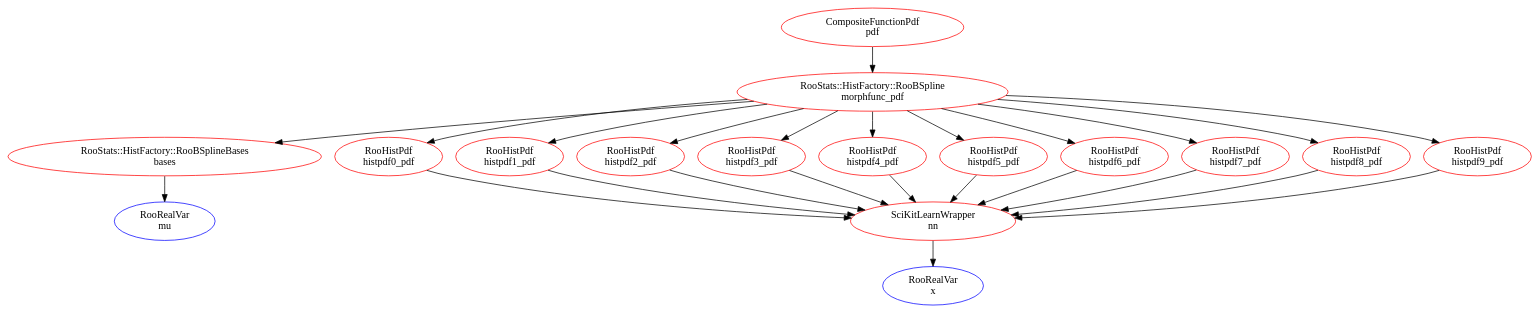
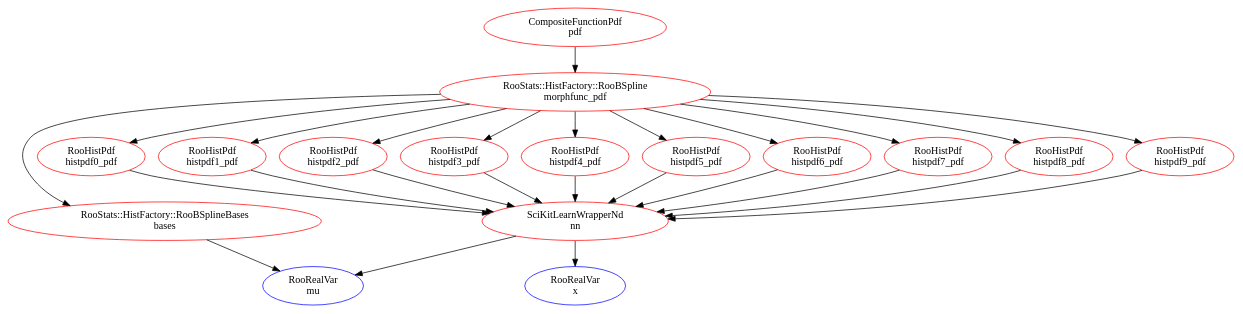
Before and after one commit to cranmer/parametrized-learning: the diagram in pdf2b.dot, drawn with Graphviz. The commit also changed 8 other files, not shown here.

Commit message:
SciKitLearnWrapperNd working, not sure what's up with 2d

```diff
--- a/pdf2b.dot
+++ b/pdf2b.dot
@@ -1,58 +1,59 @@
 digraph pdf{
 "pdf" [ color=red, label="CompositeFunctionPdf
 pdf"];
 "morphfunc_pdf" [ color=red, label="RooStats::HistFactory::RooBSpline
 morphfunc_pdf"];
 "bases" [ color=red, label="RooStats::HistFactory::RooBSplineBases
 bases"];
 "mu" [ color=blue, label="RooRealVar
 mu"];
 "histpdf0_pdf" [ color=red, label="RooHistPdf
 histpdf0_pdf"];
-"nn" [ color=red, label="SciKitLearnWrapper
+"nn" [ color=red, label="SciKitLearnWrapperNd
 nn"];
 "x" [ color=blue, label="RooRealVar
 x"];
 "histpdf1_pdf" [ color=red, label="RooHistPdf
 histpdf1_pdf"];
 "histpdf2_pdf" [ color=red, label="RooHistPdf
 histpdf2_pdf"];
 "histpdf3_pdf" [ color=red, label="RooHistPdf
 histpdf3_pdf"];
 "histpdf4_pdf" [ color=red, label="RooHistPdf
 histpdf4_pdf"];
 "histpdf5_pdf" [ color=red, label="RooHistPdf
 histpdf5_pdf"];
 "histpdf6_pdf" [ color=red, label="RooHistPdf
 histpdf6_pdf"];
 "histpdf7_pdf" [ color=red, label="RooHistPdf
 histpdf7_pdf"];
 "histpdf8_pdf" [ color=red, label="RooHistPdf
 histpdf8_pdf"];
 "histpdf9_pdf" [ color=red, label="RooHistPdf
 histpdf9_pdf"];
-"histpdf0_pdf" -> "nn";
 "morphfunc_pdf" -> "histpdf0_pdf";
 "morphfunc_pdf" -> "histpdf1_pdf";
 "morphfunc_pdf" -> "histpdf2_pdf";
 "morphfunc_pdf" -> "histpdf3_pdf";
 "morphfunc_pdf" -> "histpdf4_pdf";
 "morphfunc_pdf" -> "histpdf5_pdf";
 "morphfunc_pdf" -> "histpdf6_pdf";
 "morphfunc_pdf" -> "histpdf7_pdf";
 "morphfunc_pdf" -> "histpdf8_pdf";
 "morphfunc_pdf" -> "histpdf9_pdf";
 "morphfunc_pdf" -> "bases";
+"nn" -> "mu";
+"nn" -> "x";
+"pdf" -> "morphfunc_pdf";
+"histpdf0_pdf" -> "nn";
 "histpdf1_pdf" -> "nn";
 "histpdf2_pdf" -> "nn";
 "histpdf3_pdf" -> "nn";
 "histpdf4_pdf" -> "nn";
-"pdf" -> "morphfunc_pdf";
 "histpdf5_pdf" -> "nn";
 "histpdf6_pdf" -> "nn";
 "histpdf7_pdf" -> "nn";
 "histpdf8_pdf" -> "nn";
 "histpdf9_pdf" -> "nn";
 "bases" -> "mu";
-"nn" -> "x";
 }
```
